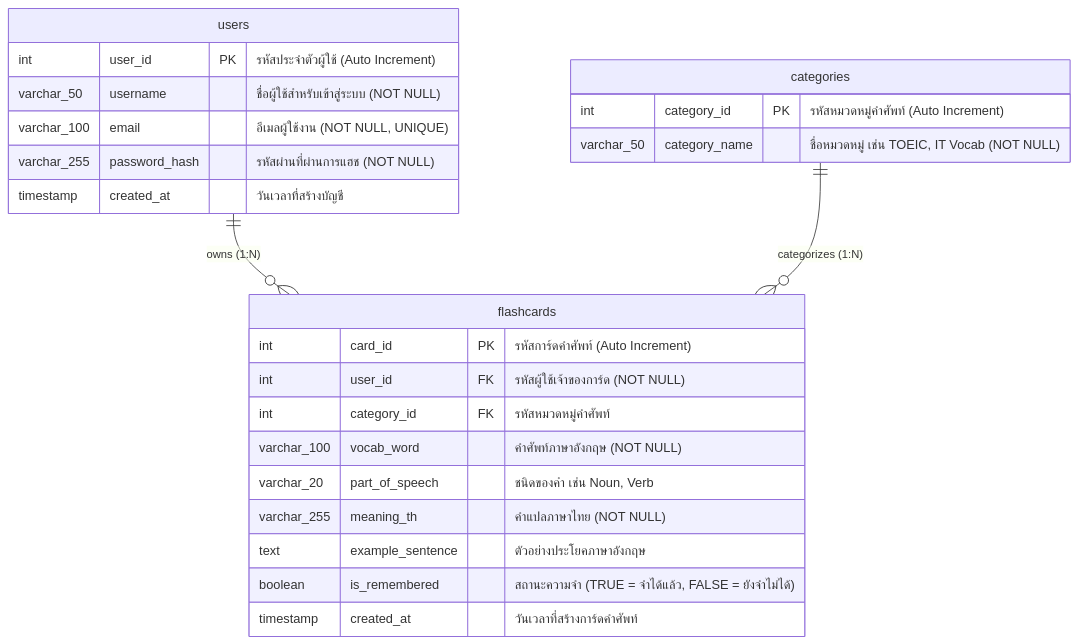
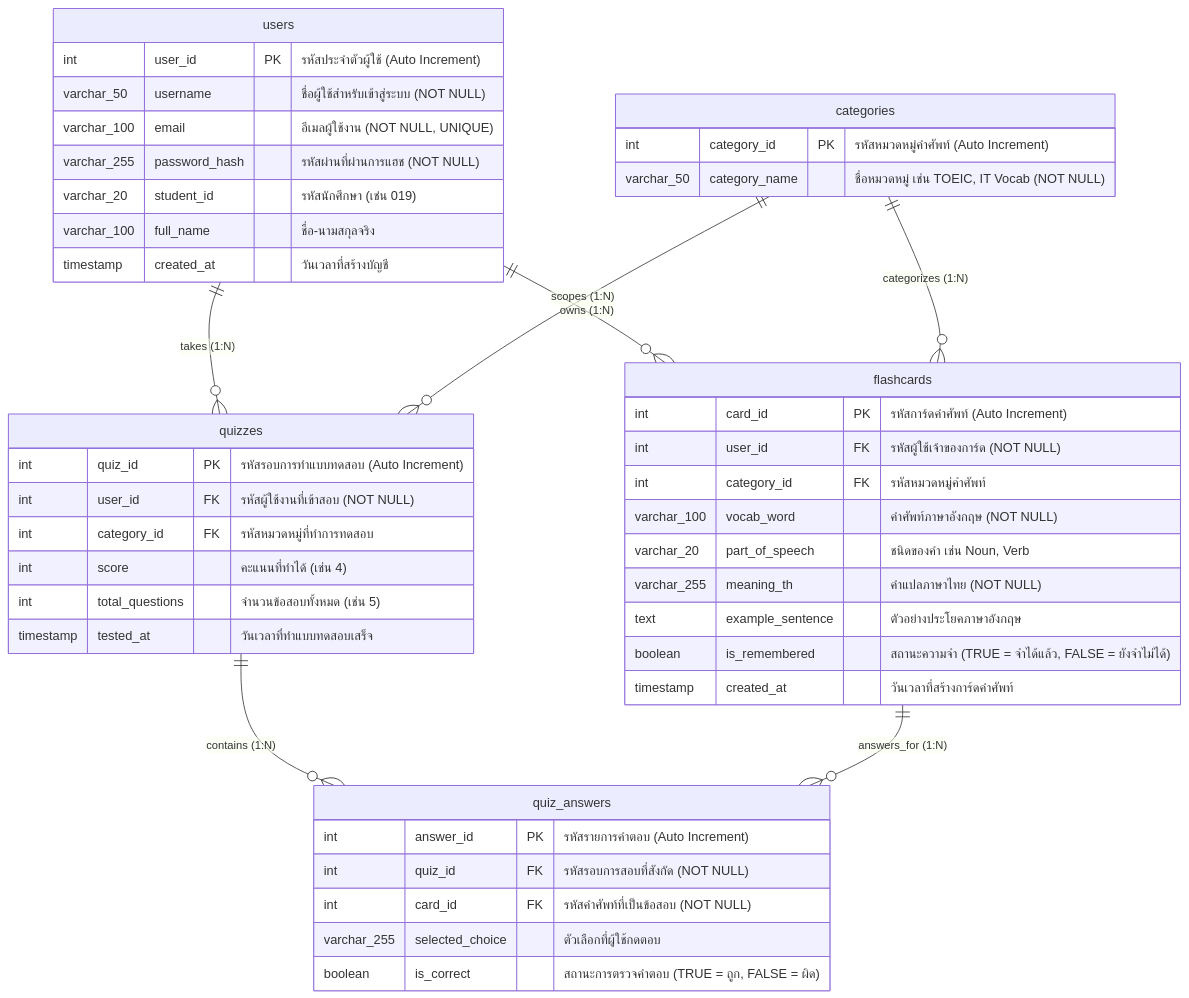
Before and after one commit to TCXMBZ/Flash-Card: the diagram in 12_Database_ER_Diagram.md, drawn with Mermaid. The commit also changed other lines of this file and 16 other files, not shown here.

````diff
--- a/12_Database_ER_Diagram.md
+++ b/12_Database_ER_Diagram.md
@@ -9,30 +9,53 @@
 ```mermaid
 erDiagram
     users ||--o{ flashcards : "owns (1:N)"
     categories ||--o{ flashcards : "categorizes (1:N)"
+    users ||--o{ quizzes : "takes (1:N)"
+    categories ||--o{ quizzes : "scopes (1:N)"
+    quizzes ||--o{ quiz_answers : "contains (1:N)"
+    flashcards ||--o{ quiz_answers : "answers_for (1:N)"
 
     users {
         int user_id PK "รหัสประจำตัวผู้ใช้ (Auto Increment)"
         varchar_50 username "ชื่อผู้ใช้สำหรับเข้าสู่ระบบ (NOT NULL)"
         varchar_100 email "อีเมลผู้ใช้งาน (NOT NULL, UNIQUE)"
         varchar_255 password_hash "รหัสผ่านที่ผ่านการแฮช (NOT NULL)"
+        varchar_20 student_id "รหัสนักศึกษา (เช่น 019)"
+        varchar_100 full_name "ชื่อ-นามสกุลจริง"
         timestamp created_at "วันเวลาที่สร้างบัญชี"
     }
 
     categories {
         int category_id PK "รหัสหมวดหมู่คำศัพท์ (Auto Increment)"
         varchar_50 category_name "ชื่อหมวดหมู่ เช่น TOEIC, IT Vocab (NOT NULL)"
     }
 
     flashcards {
         int card_id PK "รหัสการ์ดคำศัพท์ (Auto Increment)"
         int user_id FK "รหัสผู้ใช้เจ้าของการ์ด (NOT NULL)"
         int category_id FK "รหัสหมวดหมู่คำศัพท์"
         varchar_100 vocab_word "คำศัพท์ภาษาอังกฤษ (NOT NULL)"
         varchar_20 part_of_speech "ชนิดของคำ เช่น Noun, Verb"
         varchar_255 meaning_th "คำแปลภาษาไทย (NOT NULL)"
         text example_sentence "ตัวอย่างประโยคภาษาอังกฤษ"
         boolean is_remembered "สถานะความจำ (TRUE = จำได้แล้ว, FALSE = ยังจำไม่ได้)"
         timestamp created_at "วันเวลาที่สร้างการ์ดคำศัพท์"
     }
+
+    quizzes {
+        int quiz_id PK "รหัสรอบการทำแบบทดสอบ (Auto Increment)"
+        int user_id FK "รหัสผู้ใช้งานที่เข้าสอบ (NOT NULL)"
+        int category_id FK "รหัสหมวดหมู่ที่ทำการทดสอบ"
+        int score "คะแนนที่ทำได้ (เช่น 4)"
+        int total_questions "จำนวนข้อสอบทั้งหมด (เช่น 5)"
+        timestamp tested_at "วันเวลาที่ทำแบบทดสอบเสร็จ"
+    }
+
+    quiz_answers {
+        int answer_id PK "รหัสรายการคำตอบ (Auto Increment)"
+        int quiz_id FK "รหัสรอบการสอบที่สังกัด (NOT NULL)"
+        int card_id FK "รหัสคำศัพท์ที่เป็นข้อสอบ (NOT NULL)"
+        varchar_255 selected_choice "ตัวเลือกที่ผู้ใช้กดตอบ"
+        boolean is_correct "สถานะการตรวจคำตอบ (TRUE = ถูก, FALSE = ผิด)"
+    }
 ```
````
